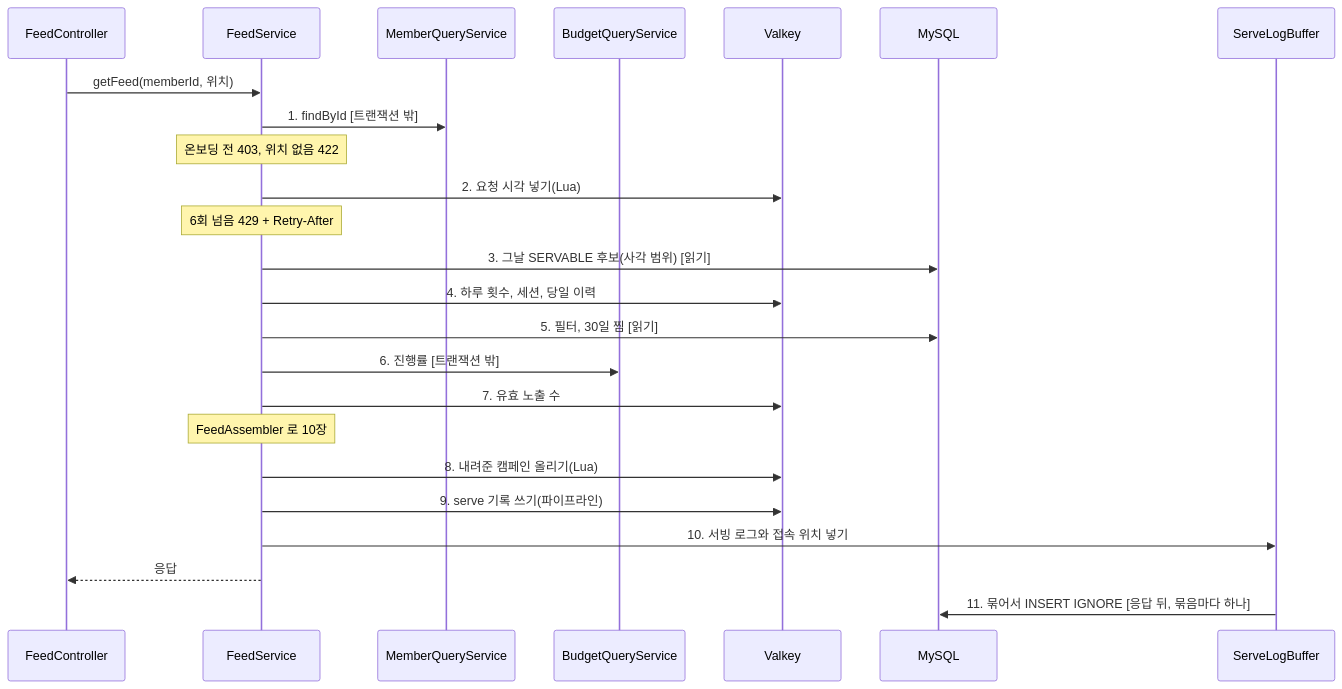
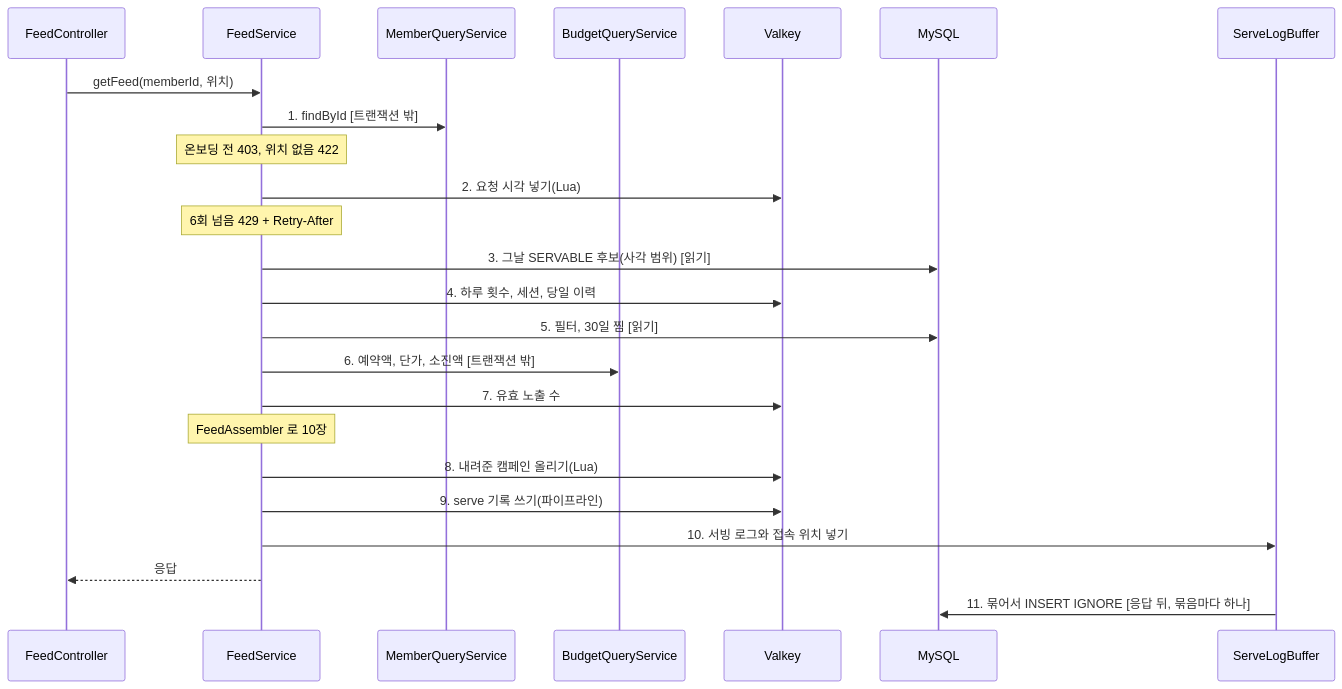
Before and after one commit to lunch-catch/lc-backend: the second of 5 diagrams in docs/design/adserving/adserving_구조와_동작_설계.md, drawn with Mermaid. The commit also changed other lines of this file and 46 other files, not shown here.

````diff
--- a/docs/design/adserving/adserving_구조와_동작_설계.md
+++ b/docs/design/adserving/adserving_구조와_동작_설계.md
@@ -398,26 +417,26 @@
 ```mermaid
 sequenceDiagram
     participant C as FeedController
     participant S as FeedService
     participant M as MemberQueryService
     participant B as BudgetQueryService
     participant V as Valkey
     participant DB as MySQL
     participant W as ServeLogBuffer
     C->>S: getFeed(memberId, 위치)
     S->>M: 1. findById [트랜잭션 밖]
     Note over S: 온보딩 전 403, 위치 없음 422
     S->>V: 2. 요청 시각 넣기(Lua)
     Note over S: 6회 넘음 429 + Retry-After
     S->>DB: 3. 그날 SERVABLE 후보(사각 범위) [읽기]
     S->>V: 4. 하루 횟수, 세션, 당일 이력
     S->>DB: 5. 필터, 30일 찜 [읽기]
-    S->>B: 6. 진행률 [트랜잭션 밖]
+    S->>B: 6. 예약액, 단가, 소진액 [트랜잭션 밖]
     S->>V: 7. 유효 노출 수
     Note over S: FeedAssembler 로 10장
     S->>V: 8. 내려준 캠페인 올리기(Lua)
     S->>V: 9. serve 기록 쓰기(파이프라인)
     S->>W: 10. 서빙 로그와 접속 위치 넣기
     S-->>C: 응답
     W->>DB: 11. 묶어서 INSERT IGNORE [응답 뒤, 묶음마다 하나]
 ```
````
